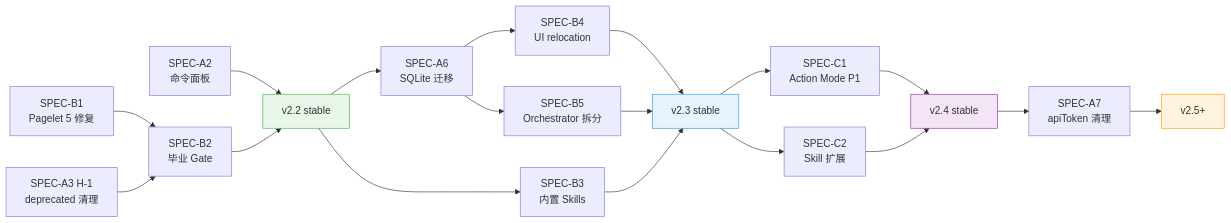
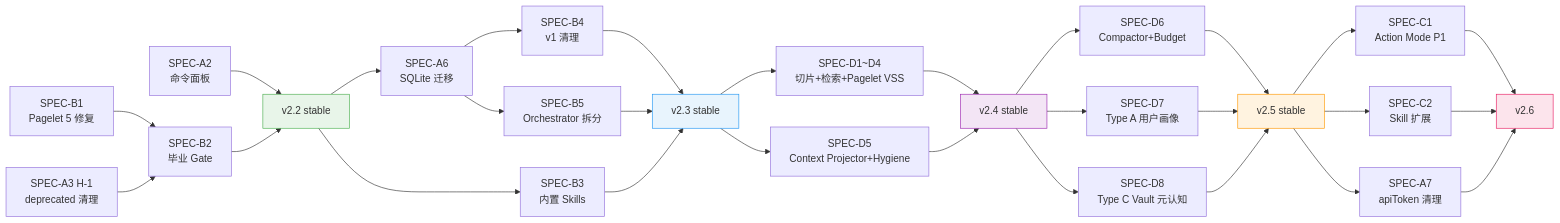
The diagram in docs/development-roadmap.md (edonyzpc/personal-assistant), drawn with Mermaid before and after one commit. The commit also changed other lines of this file and 6 other files, not shown here.

First line of the commit message:
docs: v2.4 AI insight foundation SDD with context+memory architecture

````diff
--- a/docs/development-roadmap.md
+++ b/docs/development-roadmap.md
@@ -185,28 +243,40 @@
 ```mermaid
 graph LR
     B1[SPEC-B1<br/>Pagelet 5 修复] --> B2[SPEC-B2<br/>毕业 Gate]
     A3H1[SPEC-A3 H-1<br/>deprecated 清理] --> B2
     A2[SPEC-A2<br/>命令面板] --> V22[v2.2 stable]
     B2 --> V22
 
     V22 --> A6[SPEC-A6<br/>SQLite 迁移]
     V22 --> B3[SPEC-B3<br/>内置 Skills]
-    A6 --> B4[SPEC-B4<br/>UI relocation]
+    A6 --> B4[SPEC-B4<br/>v1 清理]
     A6 --> B5[SPEC-B5<br/>Orchestrator 拆分]
     B4 --> V23[v2.3 stable]
     B5 --> V23
     B3 --> V23
 
-    V23 --> C1[SPEC-C1<br/>Action Mode P1]
-    V23 --> C2[SPEC-C2<br/>Skill 扩展]
-    C1 --> V24[v2.4 stable]
-    C2 --> V24
+    V23 --> D1[SPEC-D1~D4<br/>切片+检索+Pagelet VSS]
+    V23 --> D5[SPEC-D5<br/>Context Projector+Hygiene]
+    D1 --> V24[v2.4 stable]
+    D5 --> V24
 
-    V24 --> A7[SPEC-A7<br/>apiToken 清理]
-    A7 --> V25[v2.5+]
+    V24 --> D6[SPEC-D6<br/>Compactor+Budget]
+    V24 --> D7[SPEC-D7<br/>Type A 用户画像]
+    V24 --> D8[SPEC-D8<br/>Type C Vault 元认知]
+    D6 --> V25[v2.5 stable]
+    D7 --> V25
+    D8 --> V25
+
+    V25 --> C1[SPEC-C1<br/>Action Mode P1]
+    V25 --> C2[SPEC-C2<br/>Skill 扩展]
+    V25 --> A7[SPEC-A7<br/>apiToken 清理]
+    C1 --> V26[v2.6]
+    C2 --> V26
+    A7 --> V26
 
     style V22 fill:#e8f5e9,stroke:#4caf50
     style V23 fill:#e8f4fd,stroke:#2196f3
     style V24 fill:#f3e5f5,stroke:#9c27b0
     style V25 fill:#fff3e0,stroke:#ff9800
+    style V26 fill:#fce4ec,stroke:#e91e63
 ```
````
